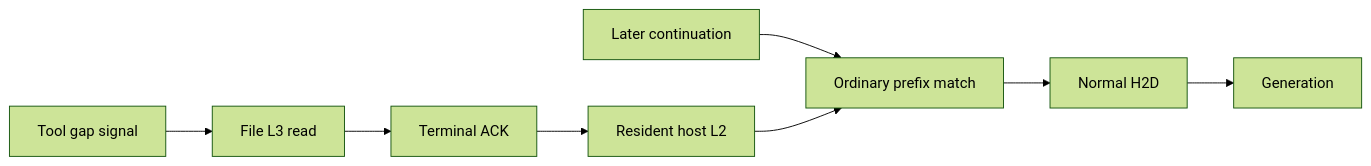
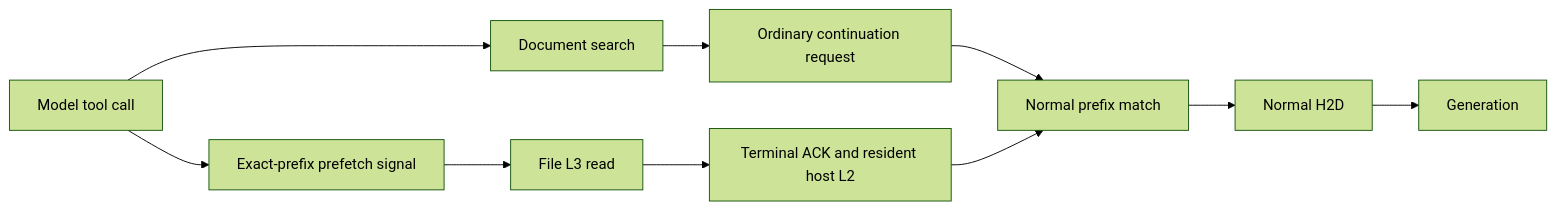
The diagram in README.md (mks-hash/toolgap), drawn with Mermaid (forest theme) before and after one commit. The commit also changed other lines of this file and 8 other files, not shown here.

````diff
--- a/README.md
+++ b/README.md
@@ -75,10 +129,12 @@
 ```mermaid
 flowchart LR
-  Tool[Tool gap signal] --> Restore[File L3 read]
-  Restore --> ACK[Terminal ACK]
-  ACK --> L2[Resident host L2]
-  Request[Later continuation] --> Match[Ordinary prefix match]
+  Model[Model tool call] --> Tool[Document search]
+  Model --> Signal[Exact-prefix prefetch signal]
+  Signal --> L3[File L3 read]
+  L3 --> L2[Terminal ACK and resident host L2]
+  Tool --> Request[Ordinary continuation request]
+  Request --> Match[Normal prefix match]
   L2 --> Match
   Match --> H2D[Normal H2D]
   H2D --> Generate[Generation]
 ```
````
